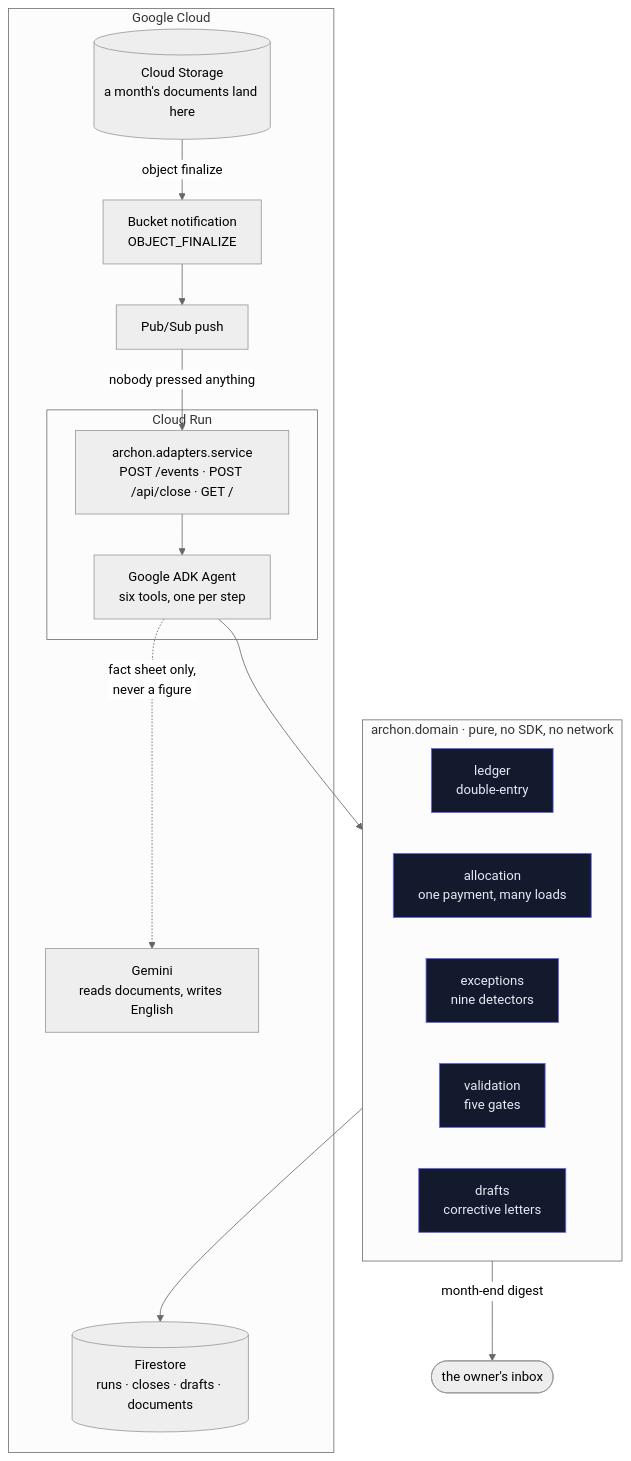
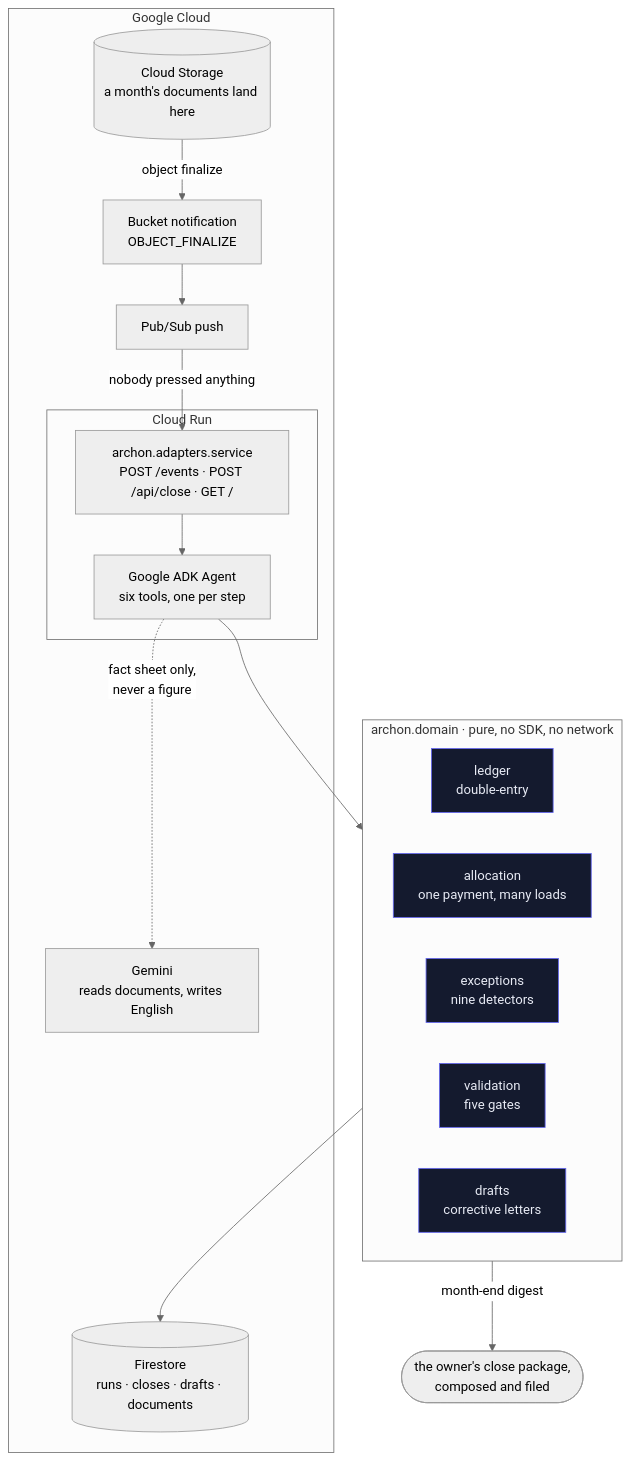
One commit to upgradedev/archon-gcp-agentic changed the first of 2 diagrams in README.md. Above: the diagram before and after it, drawn with Mermaid (neutral theme). The commit also changed other lines of this file and 8 other files, not shown here.

````diff
--- a/README.md
+++ b/README.md
@@ -321,32 +327,32 @@
 ```mermaid
 flowchart TB
     subgraph gcp["Google Cloud"]
         gcs[("Cloud Storage<br/>a month's documents land here")]
         ea["Bucket notification<br/>OBJECT_FINALIZE"]
         ps["Pub/Sub push"]
         subgraph run["Cloud Run"]
             svc["archon.adapters.service<br/>POST /events · POST /api/close · GET /"]
             agent["Google ADK Agent<br/>six tools, one per step"]
         end
         fs[("Firestore<br/>runs · closes · drafts · documents")]
         gem["Gemini<br/>reads documents, writes English"]
     end
-    owner(["the owner's inbox"])
+    owner(["the owner's close package,<br/>composed and filed"])
 
     gcs -->|object finalize| ea --> ps -->|nobody pressed anything| svc
     svc --> agent
     agent --> core
     subgraph core["archon.domain · pure, no SDK, no network"]
         ledger["ledger<br/>double-entry"]
         alloc["allocation<br/>one payment, many loads"]
         exc["exceptions<br/>nine detectors"]
         val["validation<br/>five gates"]
         draft["drafts<br/>corrective letters"]
     end
     core --> fs
     agent -.->|fact sheet only,<br/>never a figure| gem
     core -->|month-end digest| owner
 
     classDef pure fill:#141a2e,stroke:#6366f1,color:#e8ebf5
     class ledger,alloc,exc,val,draft pure
 ```
````
